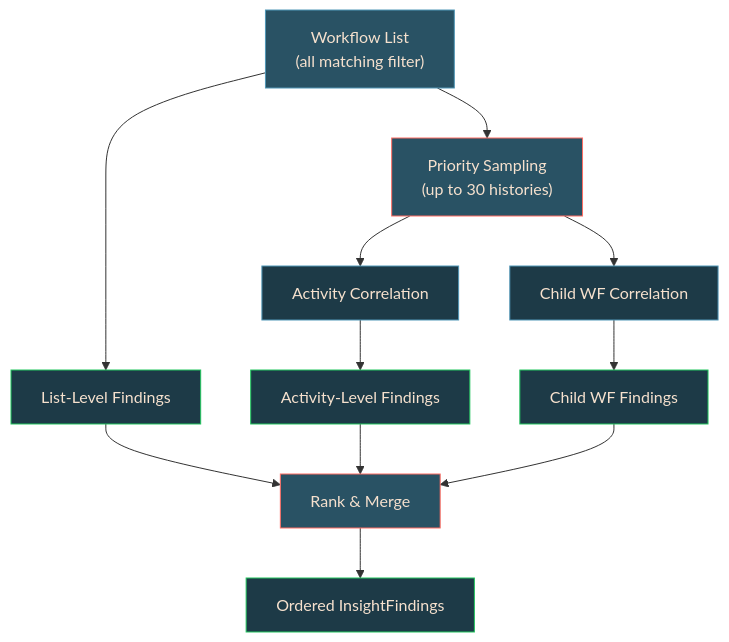
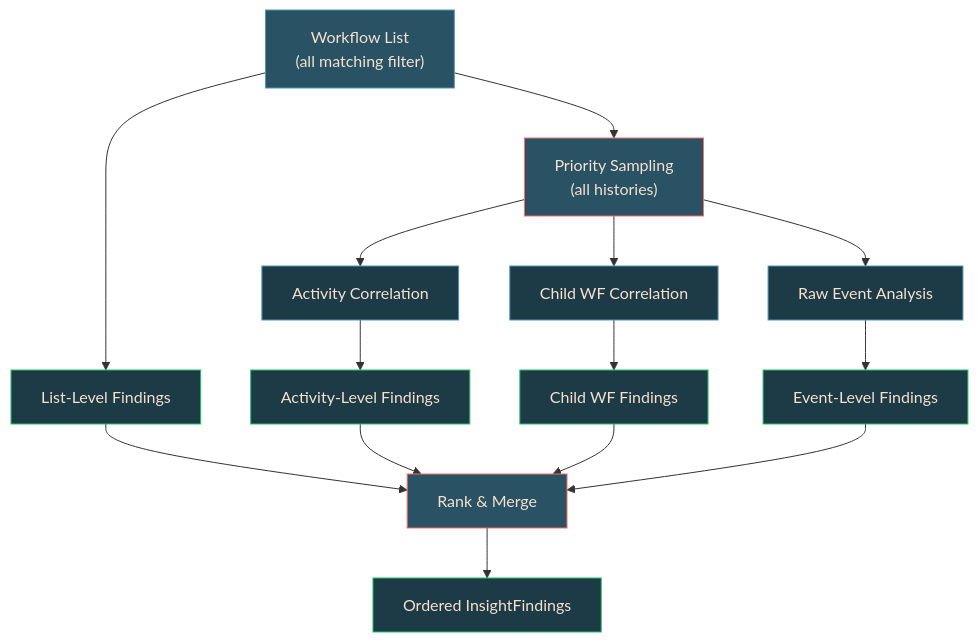
One commit to Tatch-AI/tempurview changed the diagram in design-docs/06-fleet-analytics.md. Above: the diagram before and after it, drawn with Mermaid. The commit also changed other lines of this file and 4 other files, not shown here.

```diff
--- a/design-docs/06-fleet-analytics.md
+++ b/design-docs/06-fleet-analytics.md
@@ -38,22 +38,27 @@
 <div class="mermaid">
 graph TD
     A["Workflow List<br>(all matching filter)"] --> B["List-Level Findings"]
-    A --> C["Priority Sampling<br>(up to 30 histories)"]
+    A --> C["Priority Sampling<br>(all histories)"]
     C --> D["Activity Correlation"]
     C --> E["Child WF Correlation"]
+    C --> R["Raw Event Analysis"]
     D --> F["Activity-Level Findings"]
     E --> G["Child WF Findings"]
+    R --> S["Event-Level Findings"]
     B --> H["Rank & Merge"]
     F --> H
     G --> H
+    S --> H
     H --> I["Ordered InsightFindings"]
     style A fill:#295264,stroke:#5097b7,color:#f6e1ce
     style B fill:#1d3a47,stroke:#22c55e,color:#f6e1ce
     style C fill:#295264,stroke:#ff6d63,color:#f6e1ce
     style D fill:#1d3a47,stroke:#5097b7,color:#f6e1ce
     style E fill:#1d3a47,stroke:#5097b7,color:#f6e1ce
     style F fill:#1d3a47,stroke:#22c55e,color:#f6e1ce
     style G fill:#1d3a47,stroke:#22c55e,color:#f6e1ce
+    style R fill:#1d3a47,stroke:#5097b7,color:#f6e1ce
+    style S fill:#1d3a47,stroke:#22c55e,color:#f6e1ce
     style H fill:#295264,stroke:#ff6d63,color:#f6e1ce
     style I fill:#1d3a47,stroke:#22c55e,color:#f6e1ce
 </div>
```
